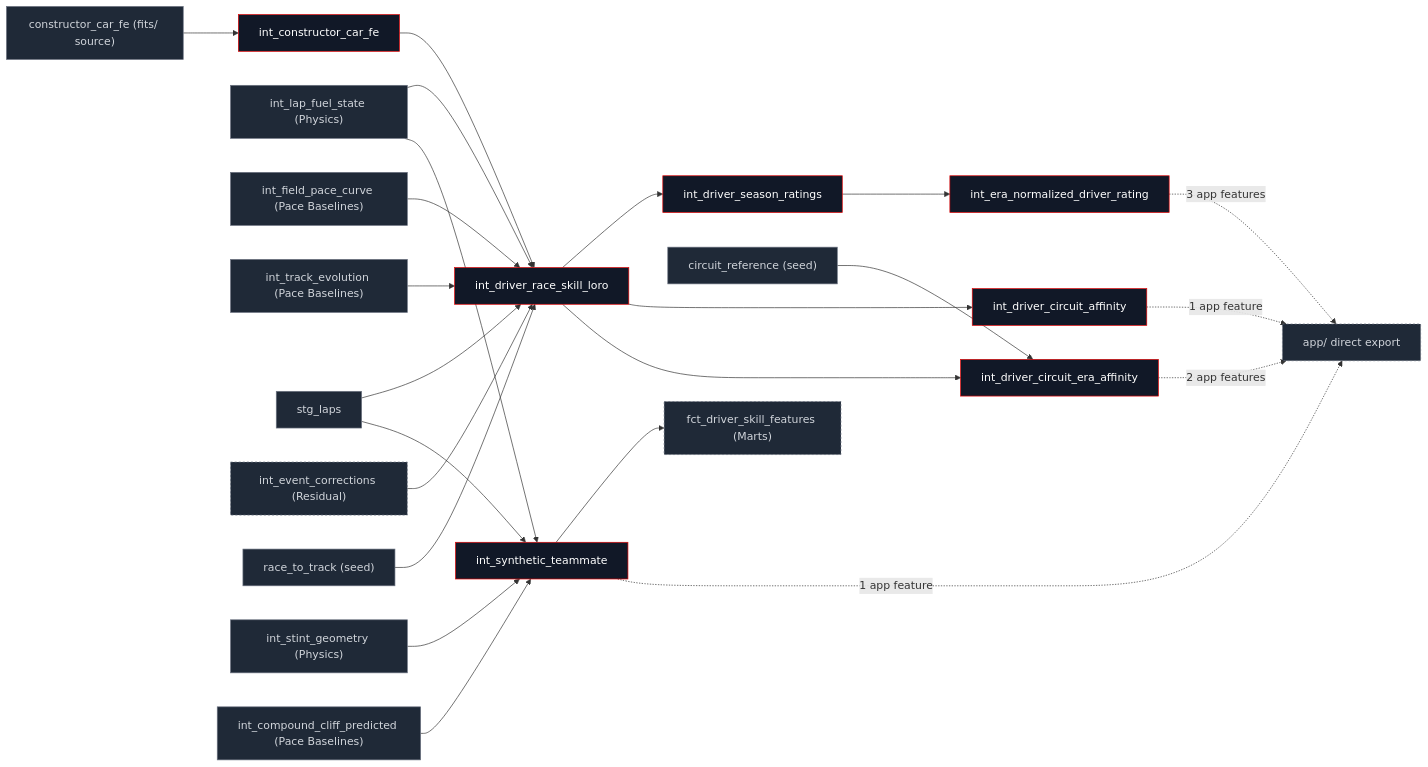
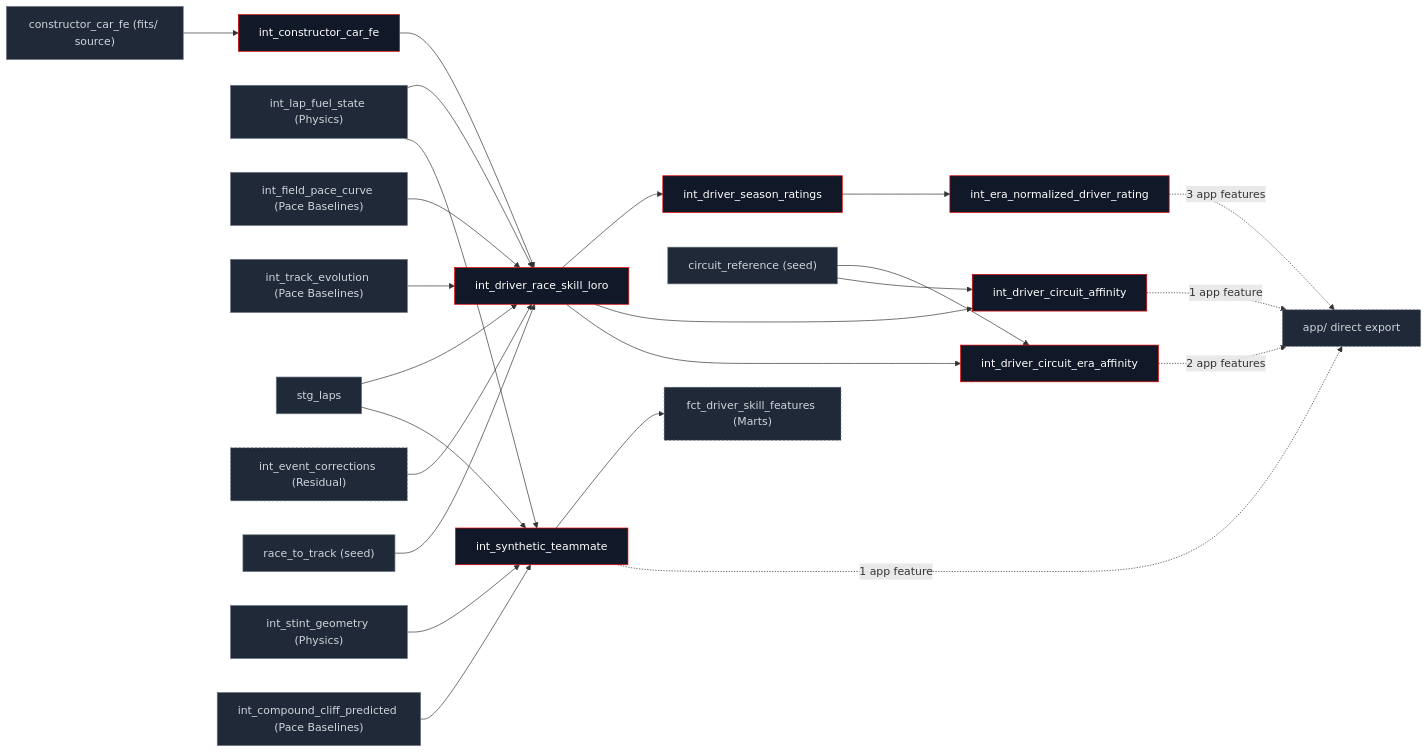
Before and after one commit to JustinClarke/off-the-pace: the diagram in docs/transform/families/skill.mdx, drawn with Mermaid. The commit also changed other lines of this file and 118 other files, not shown here.

````diff
--- a/docs/transform/families/skill.mdx
+++ b/docs/transform/families/skill.mdx
@@ -17,36 +17,37 @@
 ```mermaid
 flowchart LR
     constructor_car_fe["constructor_car_fe (fits/ source)"] --> int_constructor_car_fe
     int_constructor_car_fe --> int_driver_race_skill_loro
     int_lap_fuel_state["int_lap_fuel_state (Physics)"] --> int_driver_race_skill_loro
     int_field_pace_curve["int_field_pace_curve (Pace Baselines)"] --> int_driver_race_skill_loro
     int_track_evolution["int_track_evolution (Pace Baselines)"] --> int_driver_race_skill_loro
     stg_laps --> int_driver_race_skill_loro
     int_event_corrections["int_event_corrections (Residual)"] --> int_driver_race_skill_loro
     race_to_track["race_to_track (seed)"] --> int_driver_race_skill_loro
 
     int_driver_race_skill_loro --> int_driver_season_ratings
     int_driver_race_skill_loro --> int_driver_circuit_affinity
     int_driver_race_skill_loro --> int_driver_circuit_era_affinity
     circuit_reference["circuit_reference (seed)"] --> int_driver_circuit_era_affinity
+    circuit_reference --> int_driver_circuit_affinity
     int_driver_season_ratings --> int_era_normalized_driver_rating
 
     int_lap_fuel_state --> int_synthetic_teammate
     int_stint_geometry["int_stint_geometry (Physics)"] --> int_synthetic_teammate
     int_compound_cliff_predicted["int_compound_cliff_predicted (Pace Baselines)"] --> int_synthetic_teammate
     stg_laps --> int_synthetic_teammate
 
     int_synthetic_teammate --> fct_driver_skill_features["fct_driver_skill_features (Marts)"]
 
     int_era_normalized_driver_rating -.->|3 app features| AppExport["app/ direct export"]
     int_driver_circuit_affinity -.->|1 app feature| AppExport
     int_driver_circuit_era_affinity -.->|2 app features| AppExport
     int_synthetic_teammate -.->|1 app feature| AppExport
 
     classDef sk fill:#111827,stroke:#e40404,color:#fff;
     classDef src fill:#1f2937,stroke:#6b7280,color:#d1d5db;
     classDef downstream fill:#1f2937,stroke:#6b7280,color:#d1d5db,stroke-dasharray: 3 3;
     class int_constructor_car_fe,int_driver_race_skill_loro,int_driver_season_ratings,int_era_normalized_driver_rating,int_driver_circuit_affinity,int_driver_circuit_era_affinity,int_synthetic_teammate sk;
     class constructor_car_fe,stg_laps,race_to_track,circuit_reference,int_lap_fuel_state,int_field_pace_curve,int_track_evolution,int_stint_geometry,int_compound_cliff_predicted src;
     class int_event_corrections,fct_driver_skill_features,AppExport downstream;
 ```
````
